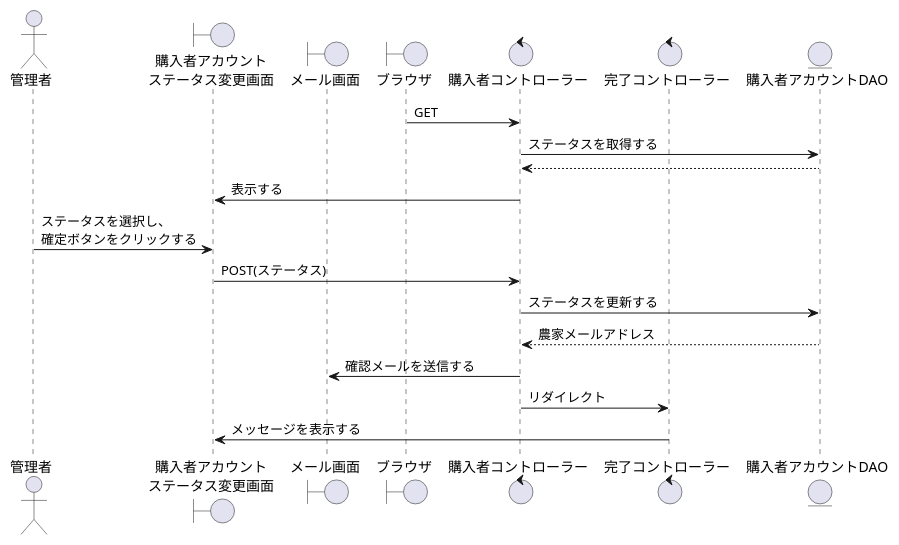
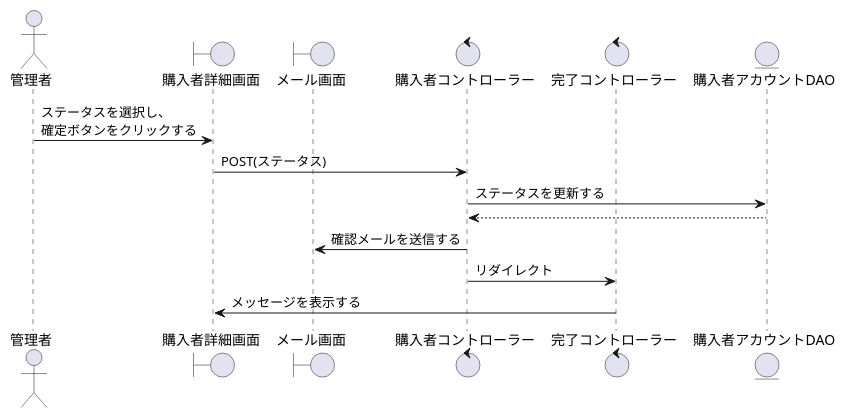
The diagram in PJ_シーケンス/管理者/購入者アカウントステータス変更.wsd (SK-B-S/PJ), drawn with PlantUML before and after one commit. The commit also changed 13 other files, not shown here.

```diff
--- a/PJ_シーケンス/管理者/購入者アカウントステータス変更.wsd
+++ b/PJ_シーケンス/管理者/購入者アカウントステータス変更.wsd
@@ -1,25 +1,20 @@
 @startuml 購入者アカウントステータス変更
 
 actor    "管理者" as act
-boundary "購入者アカウント\nステータス変更画面" as Account_change
+boundary "購入者詳細画面" as Account_change
 boundary "メール画面" as mail
-boundary "ブラウザ" as brz
 control  "購入者コントローラー" as purchase_c
 control  "完了コントローラー" as completion_c
 entity   "購入者アカウントDAO" as purchase_account_DAO
 
 '-------------------------------------------------------------------------------------------
 
-brz -> purchase_c : GET
-purchase_c -> purchase_account_DAO : ステータスを取得する
-purchase_c <-- purchase_account_DAO
-Account_change <- purchase_c : 表示する
 act -> Account_change : ステータスを選択し、\n確定ボタンをクリックする
 Account_change -> purchase_c : POST(ステータス)
 purchase_c -> purchase_account_DAO : ステータスを更新する
-purchase_account_DAO --> purchase_c : 農家メールアドレス
+purchase_account_DAO --> purchase_c
 purchase_c -> mail : 確認メールを送信する
 purchase_c -> completion_c : リダイレクト
 completion_c -> Account_change : メッセージを表示する
 
 @enduml
```
